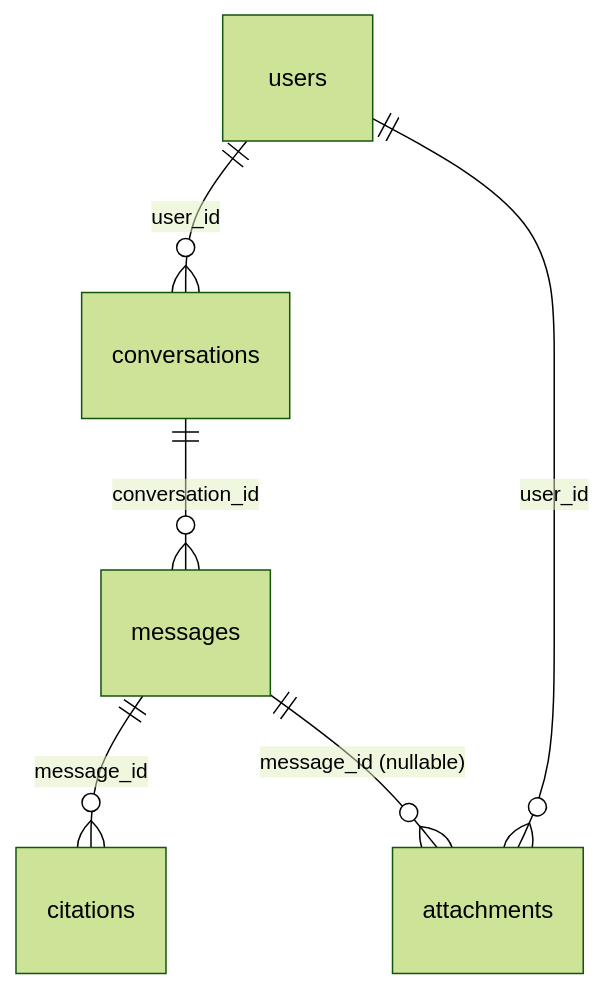
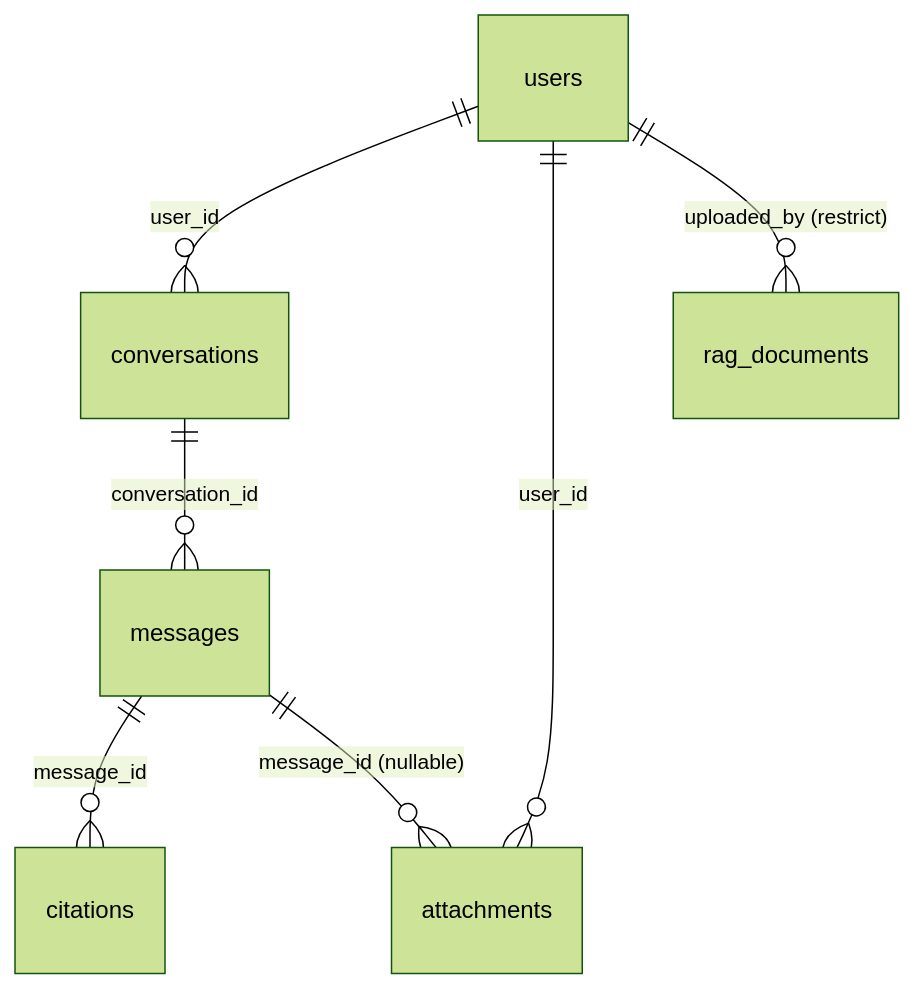
One commit to changs0124/rag-chatbot changed the third of 3 diagrams in docs/02_architecture/overview.md. Above: the diagram before and after it, drawn with Mermaid (forest theme). The commit also changed other lines of this file and 75 other files, not shown here.

````diff
--- a/docs/02_architecture/overview.md
+++ b/docs/02_architecture/overview.md
@@ -118,8 +130,9 @@
 ```mermaid
 erDiagram
   users ||--o{ conversations : "user_id"
   users ||--o{ attachments : "user_id"
+  users ||--o{ rag_documents : "uploaded_by (restrict)"
   conversations ||--o{ messages : "conversation_id"
   messages ||--o{ citations : "message_id"
   messages ||--o{ attachments : "message_id (nullable)"
 ```
````
